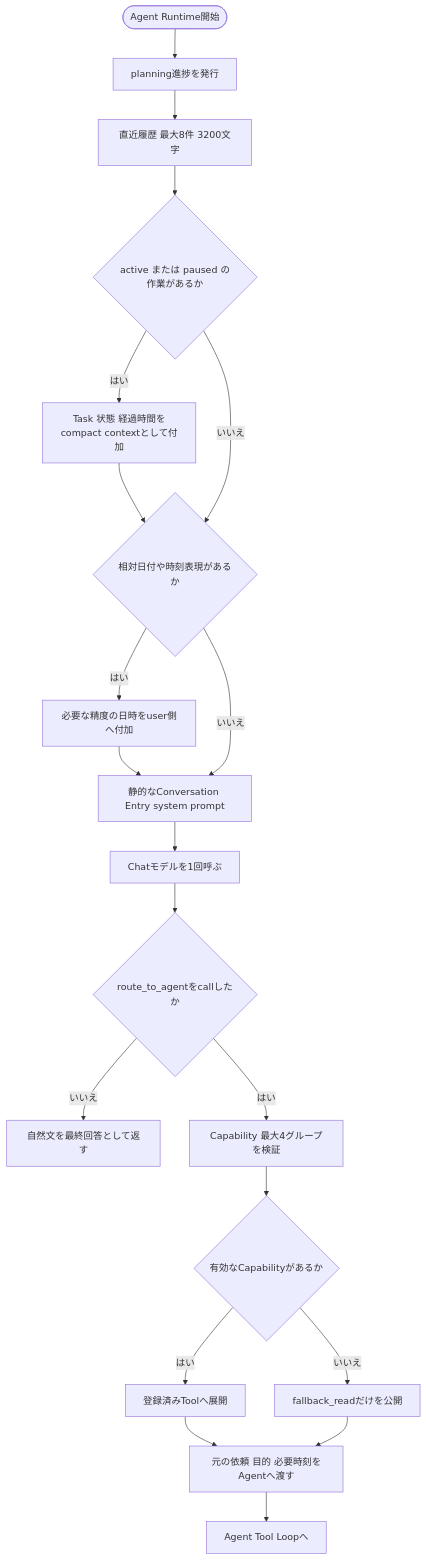
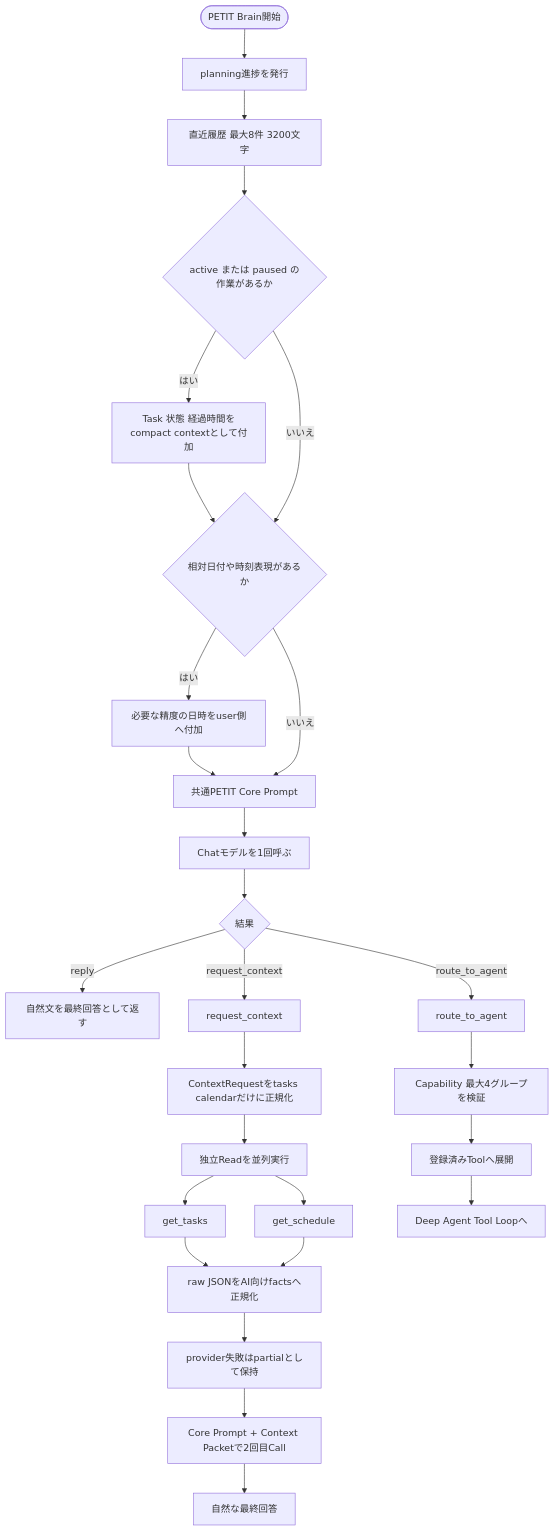
The second of 14 diagrams in docs/runtime-flows.md (Soso2e/PETIT), drawn with Mermaid before and after one commit. The commit also changed other lines of this file, not shown here.

Commit message:
docs: PETIT BrainとContext Brokerフローを更新

````diff
--- a/docs/runtime-flows.md
+++ b/docs/runtime-flows.md
@@ -82,31 +90,40 @@
 ```mermaid
 flowchart TD
-    start([Agent Runtime開始])
+    start([PETIT Brain開始])
     planning[planning進捗を発行]
     history[直近履歴 最大8件 3200文字]
     activeWork{active または paused の作業があるか}
     workContext[Task 状態 経過時間をcompact contextとして付加]
     clock{相対日付や時刻表現があるか}
     userClock[必要な精度の日時をuser側へ付加]
-    staticSystem[静的なConversation Entry system prompt]
+    core[共通PETIT Core Prompt]
     selector[Chatモデルを1回呼ぶ]
-    routed{route_to_agentをcallしたか}
+    result{結果}
     reply[自然文を最終回答として返す]
+    request[request_context]
+    normalize[ContextRequestをtasks calendarだけに正規化]
+    parallel[独立Readを並列実行]
+    task[get_tasks]
+    calendar[get_schedule]
+    packet[raw JSONをAI向けfactsへ正規化]
+    partial[provider失敗はpartialとして保持]
+    second[Core Prompt + Context Packetで2回目Call]
+    final[自然な最終回答]
+    route[route_to_agent]
     parse[Capability 最大4グループを検証]
-    valid{有効なCapabilityがあるか}
-    safeFallback[fallback_readだけを公開]
     map[登録済みToolへ展開]
-    goal[元の依頼 目的 必要時刻をAgentへ渡す]
-    agent[Agent Tool Loopへ]
+    agent[Deep Agent Tool Loopへ]
 
     start --> planning --> history --> activeWork
     activeWork -->|はい| workContext --> clock
     activeWork -->|いいえ| clock
-    clock -->|はい| userClock --> staticSystem
-    clock -->|いいえ| staticSystem
-    staticSystem --> selector --> routed
-    routed -->|いいえ| reply
-    routed -->|はい| parse --> valid
-    valid -->|はい| map --> goal --> agent
-    valid -->|いいえ| safeFallback --> goal
+    clock -->|はい| userClock --> core
+    clock -->|いいえ| core
+    core --> selector --> result
+    result -->|reply| reply
+    result -->|request_context| request --> normalize --> parallel
+    parallel --> task --> packet
+    parallel --> calendar --> packet
+    packet --> partial --> second --> final
+    result -->|route_to_agent| route --> parse --> map --> agent
 ```
````
